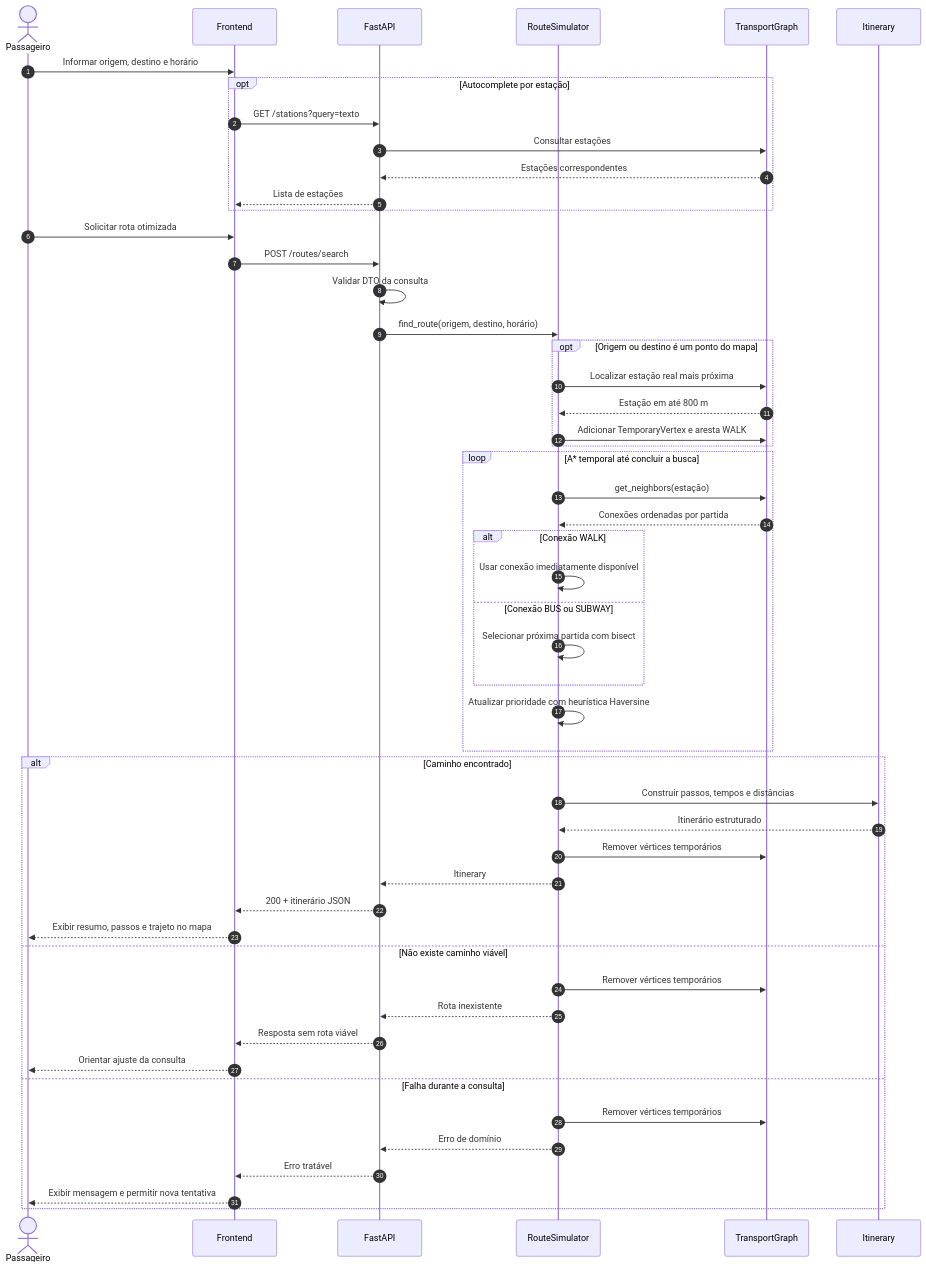
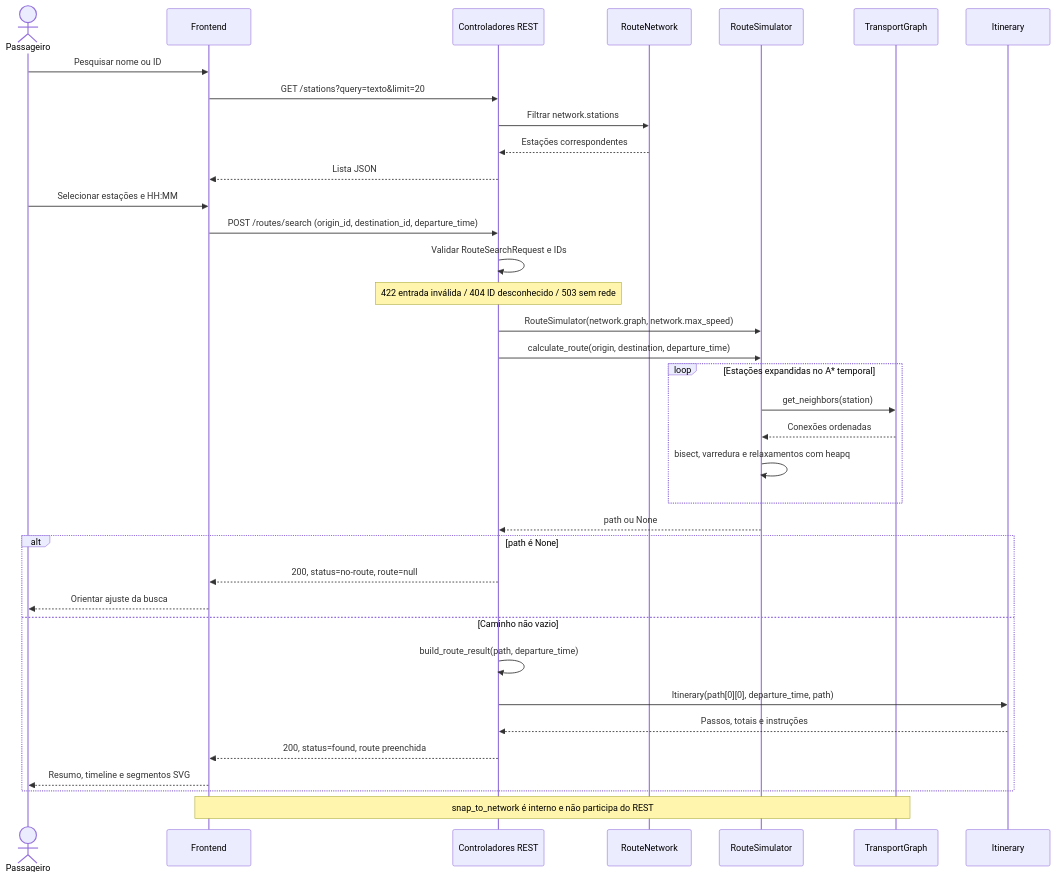
Before and after one commit to Luizfmaia10-dev/TP-Grafos: the second of 2 diagrams in Artefatos/Diagramas/diagrama-sequencia.md, drawn with Mermaid. The commit also changed other lines of this file and 39 other files, not shown here.

Commit message:
docs(arquitetura): atualize diagramas e contratos do sistema

````diff
--- a/Artefatos/Diagramas/diagrama-sequencia.md
+++ b/Artefatos/Diagramas/diagrama-sequencia.md
@@ -35,59 +32,38 @@
 ```mermaid
 sequenceDiagram
-    autonumber
     actor Passenger as Passageiro
     participant UI as Frontend
-    participant API as FastAPI
+    participant API as Controladores REST
+    participant Network as RouteNetwork
     participant Simulator as RouteSimulator
     participant Graph as TransportGraph
     participant Itinerary as Itinerary
-
-    Passenger->>UI: Informar origem, destino e horário
-    opt Autocomplete por estação
-        UI->>API: GET /stations?query=texto
-        API->>Graph: Consultar estações
-        Graph-->>API: Estações correspondentes
-        API-->>UI: Lista de estações
+    Passenger->>UI: Pesquisar nome ou ID
+    UI->>API: GET /stations?query=texto&limit=20
+    API->>Network: Filtrar network.stations
+    Network-->>API: Estações correspondentes
+    API-->>UI: Lista JSON
+    Passenger->>UI: Selecionar estações e HH:MM
+    UI->>API: POST /routes/search (origin_id, destination_id, departure_time)
+    API->>API: Validar RouteSearchRequest e IDs
+    Note over API: 422 entrada inválida / 404 ID desconhecido / 503 sem rede
+    API->>Simulator: RouteSimulator(network.graph, network.max_speed)
+    API->>Simulator: calculate_route(origin, destination, departure_time)
+    loop Estações expandidas no A* temporal
+        Simulator->>Graph: get_neighbors(station)
+        Graph-->>Simulator: Conexões ordenadas
+        Simulator->>Simulator: bisect, varredura e relaxamentos com heapq
     end
-
-    Passenger->>UI: Solicitar rota otimizada
-    UI->>API: POST /routes/search
-    API->>API: Validar DTO da consulta
-    API->>Simulator: find_route(origem, destino, horário)
-
-    opt Origem ou destino é um ponto do mapa
-        Simulator->>Graph: Localizar estação real mais próxima
-        Graph-->>Simulator: Estação em até 800 m
-        Simulator->>Graph: Adicionar TemporaryVertex e aresta WALK
+    Simulator-->>API: path ou None
+    alt path é None
+        API-->>UI: 200, status=no-route, route=null
+        UI-->>Passenger: Orientar ajuste da busca
+    else Caminho não vazio
+        API->>API: build_route_result(path, departure_time)
+        API->>Itinerary: Itinerary(path[0][0], departure_time, path)
+        Itinerary-->>API: Passos, totais e instruções
+        API-->>UI: 200, status=found, route preenchida
+        UI-->>Passenger: Resumo, timeline e segmentos SVG
     end
-
-    loop A* temporal até concluir a busca
-        Simulator->>Graph: get_neighbors(estação)
-        Graph-->>Simulator: Conexões ordenadas por partida
-        alt Conexão WALK
-            Simulator->>Simulator: Usar conexão imediatamente disponível
-        else Conexão BUS ou SUBWAY
-            Simulator->>Simulator: Selecionar próxima partida com bisect
-        end
-        Simulator->>Simulator: Atualizar prioridade com heurística Haversine
-    end
-
-    alt Caminho encontrado
-        Simulator->>Itinerary: Construir passos, tempos e distâncias
-        Itinerary-->>Simulator: Itinerário estruturado
-        Simulator->>Graph: Remover vértices temporários
-        Simulator-->>API: Itinerary
-        API-->>UI: 200 + itinerário JSON
-        UI-->>Passenger: Exibir resumo, passos e trajeto no mapa
-    else Não existe caminho viável
-        Simulator->>Graph: Remover vértices temporários
-        Simulator-->>API: Rota inexistente
-        API-->>UI: Resposta sem rota viável
-        UI-->>Passenger: Orientar ajuste da consulta
-    else Falha durante a consulta
-        Simulator->>Graph: Remover vértices temporários
-        Simulator-->>API: Erro de domínio
-        API-->>UI: Erro tratável
-        UI-->>Passenger: Exibir mensagem e permitir nova tentativa
-    end
+    Note over UI,Graph: snap_to_network é interno e não participa do REST
 ```
````
